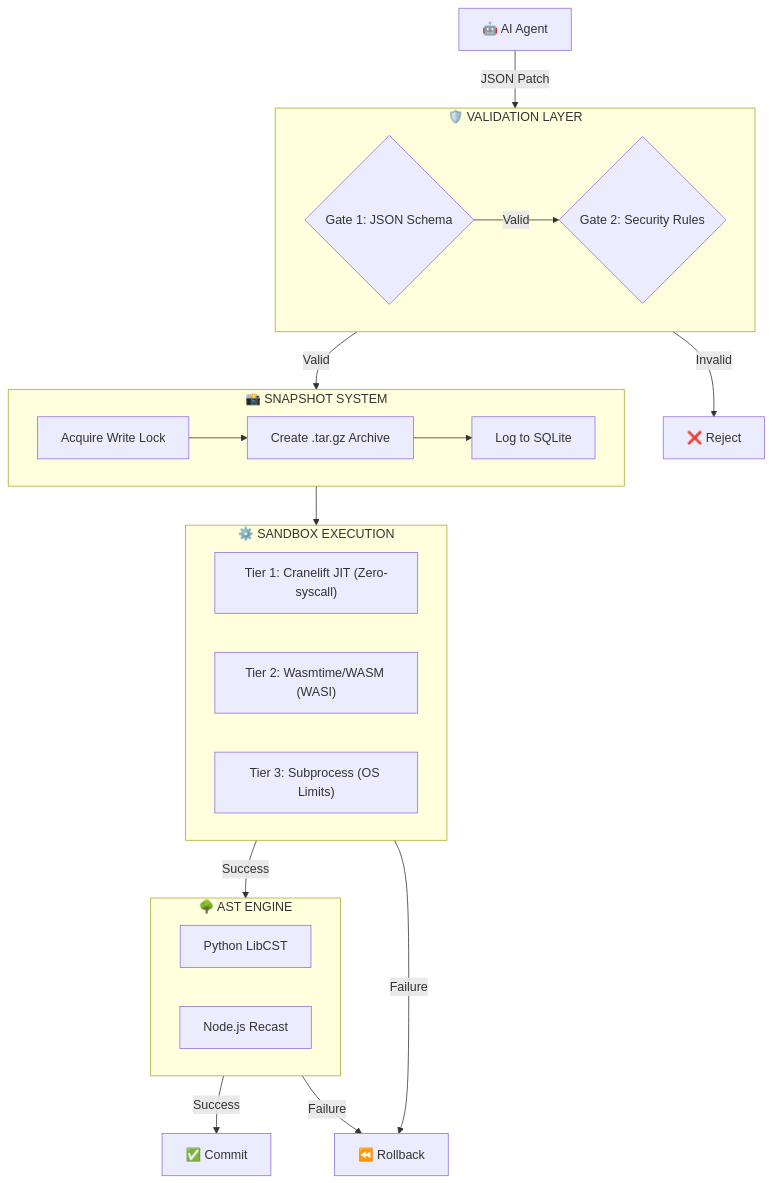
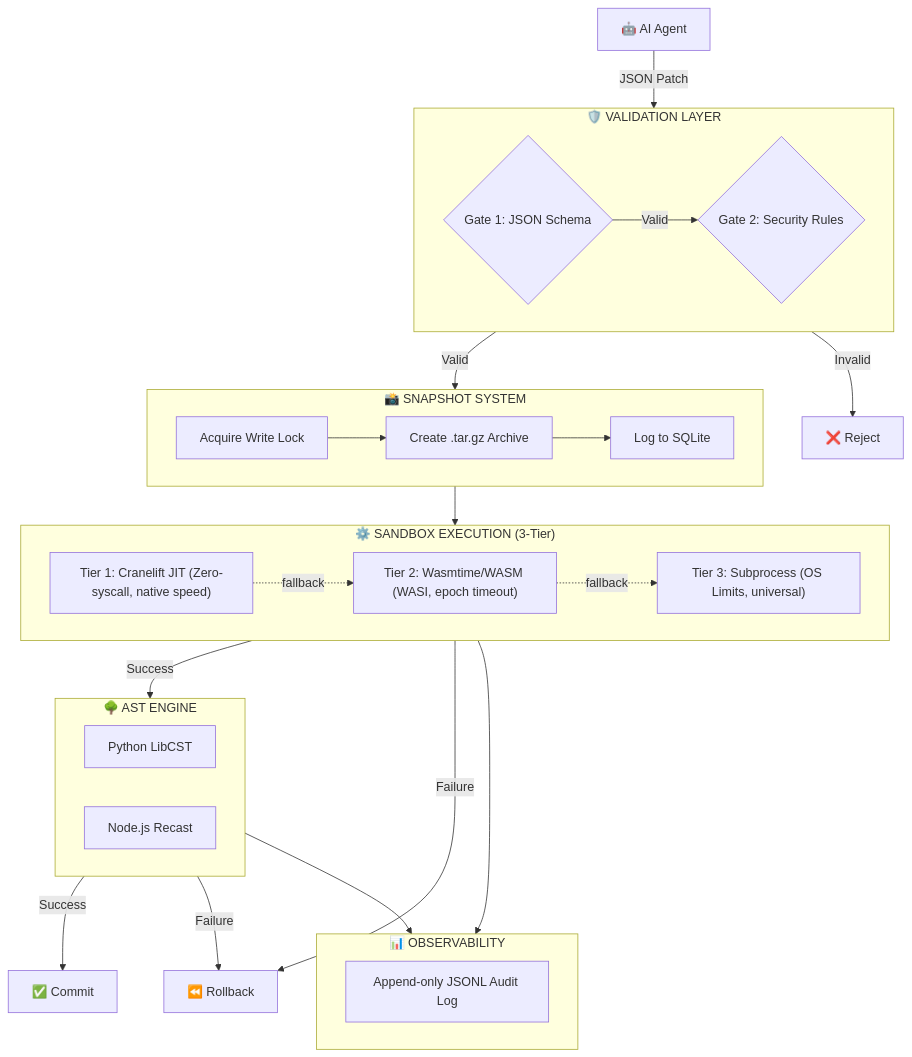
The second of 2 diagrams in README.md (foxprint666/aether-lang), drawn with Mermaid before and after one commit. The commit also changed other lines of this file and 14 other files, not shown here.

````diff
--- a/README.md
+++ b/README.md
@@ -79,38 +105,47 @@
 ```mermaid
 flowchart TD
     Agent["🤖 AI Agent"] -->|JSON Patch| Validation
     
     subgraph Validation["🛡️ VALIDATION LAYER"]
         G1{"Gate 1: JSON Schema"} 
         G2{"Gate 2: Security Rules"}
         G1 -->|Valid| G2
     end
     
     subgraph Snapshot["📸 SNAPSHOT SYSTEM"]
         Lock["Acquire Write Lock"]
         Tar["Create .tar.gz Archive"]
         DB["Log to SQLite"]
         Lock --> Tar --> DB
     end
     
-    subgraph Sandbox["⚙️ SANDBOX EXECUTION"]
-        T1["Tier 1: Cranelift JIT (Zero-syscall)"]
-        T2["Tier 2: Wasmtime/WASM (WASI)"]
-        T3["Tier 3: Subprocess (OS Limits)"]
+    subgraph Sandbox["⚙️ SANDBOX EXECUTION (3-Tier)"]
+        T1["Tier 1: Cranelift JIT (Zero-syscall, native speed)"]
+        T2["Tier 2: Wasmtime/WASM (WASI, epoch timeout)"]
+        T3["Tier 3: Subprocess (OS Limits, universal)"]
+        T1 -.->|fallback| T2
+        T2 -.->|fallback| T3
     end
     
     subgraph AST["🌳 AST ENGINE"]
         PyAST["Python LibCST"]
         NodeAST["Node.js Recast"]
+    end
+
+    subgraph Observability["📊 OBSERVABILITY"]
+        AuditLog["Append-only JSONL Audit Log"]
     end
     
     Validation -->|Valid| Snapshot
     Validation -->|Invalid| Reject["❌ Reject"]
     
     Snapshot --> Sandbox
     Sandbox -->|Success| AST
     Sandbox -->|Failure| Rollback["⏪ Rollback"]
     
     AST -->|Success| Commit["✅ Commit"]
     AST -->|Failure| Rollback
+
+    Sandbox --> Observability
+    AST --> Observability
 ```
````
